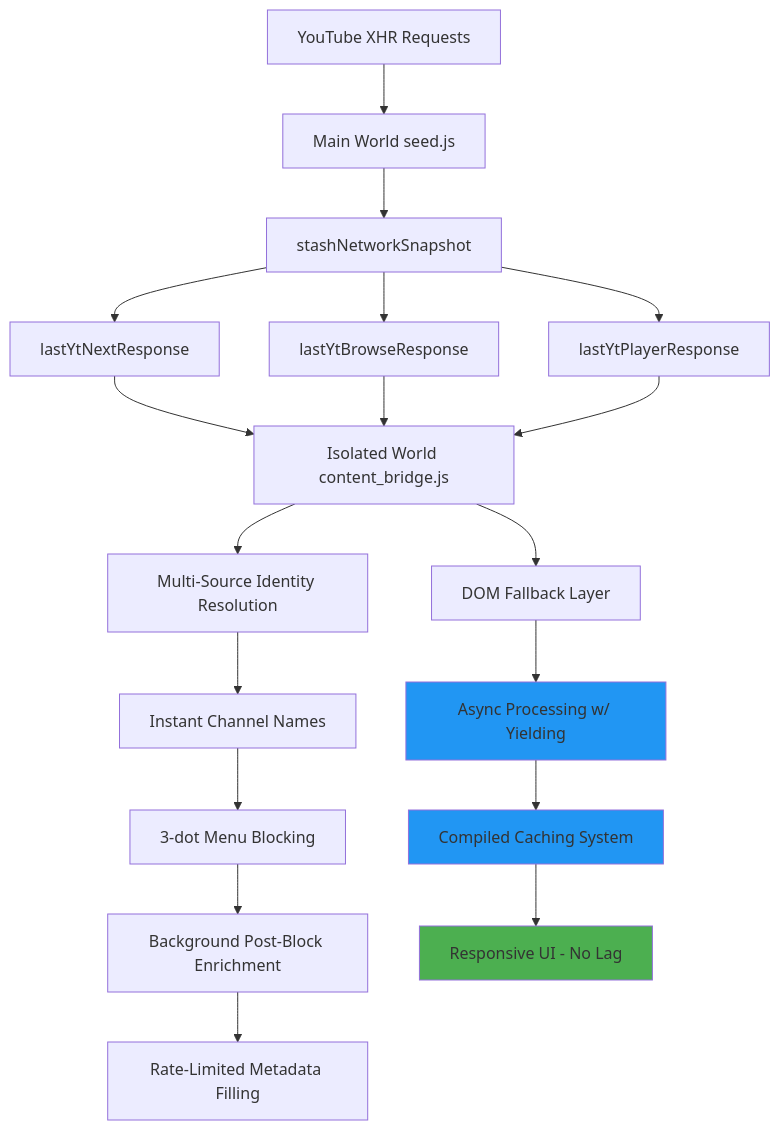
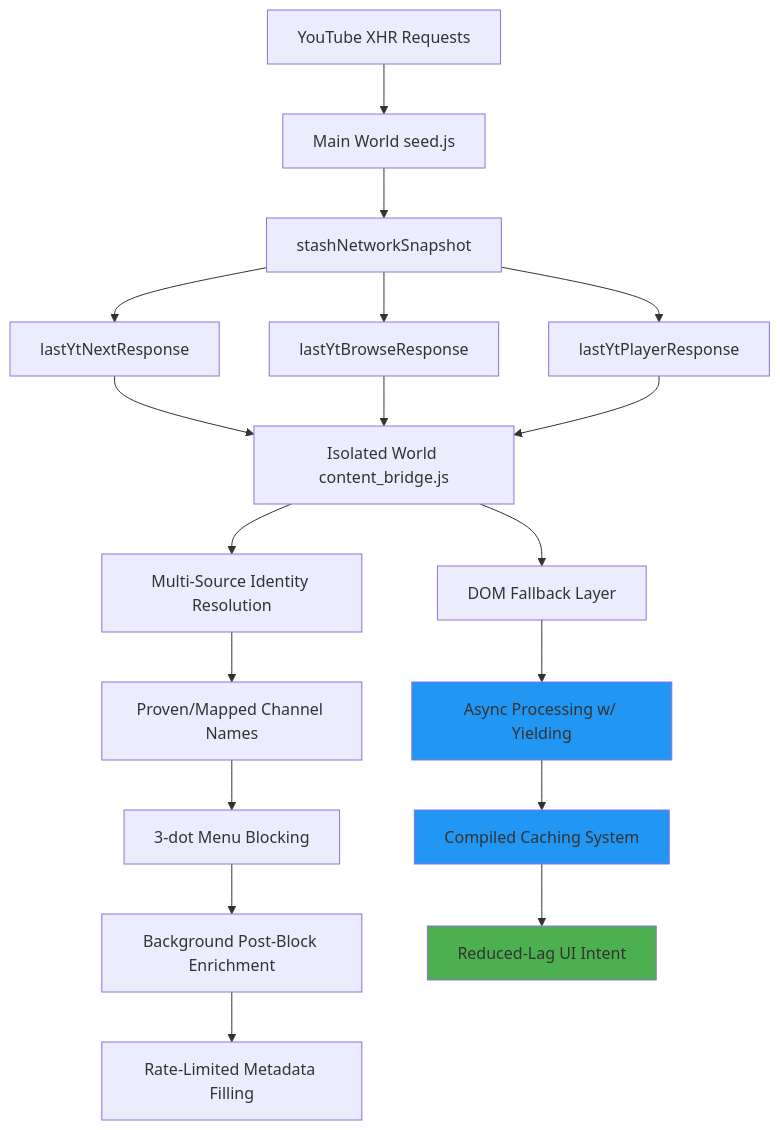
One commit to varshneydevansh/FilterTube changed the eighth of 25 diagrams in docs/ARCHITECTURE.md. Above: the diagram before and after it, drawn with Mermaid. The commit also changed other lines of this file and 1145 other files, not shown here.

````diff
--- a/docs/ARCHITECTURE.md
+++ b/docs/ARCHITECTURE.md
@@ -316,28 +316,28 @@
 ```mermaid
 graph TD
     A[YouTube XHR Requests] --> B[Main World seed.js]
     B --> C[stashNetworkSnapshot]
     C --> D[lastYtNextResponse]
     C --> E[lastYtBrowseResponse]
     C --> F[lastYtPlayerResponse]
     
     D --> G[Isolated World content_bridge.js]
     E --> G
     F --> G
     
     G --> H[Multi-Source Identity Resolution]
-    H --> I[Instant Channel Names]
+    H --> I[Proven/Mapped Channel Names]
     I --> J[3-dot Menu Blocking]
     
     J --> K[Background Post-Block Enrichment]
     K --> L[Rate-Limited Metadata Filling]
     
     G --> M[DOM Fallback Layer]
     M --> N[Async Processing w/ Yielding]
     N --> O[Compiled Caching System]
-    O --> P[Responsive UI - No Lag]
+    O --> P[Reduced-Lag UI Intent]
     
     style N fill:#2196f3
     style O fill:#2196f3
     style P fill:#4caf50
 ```
````
